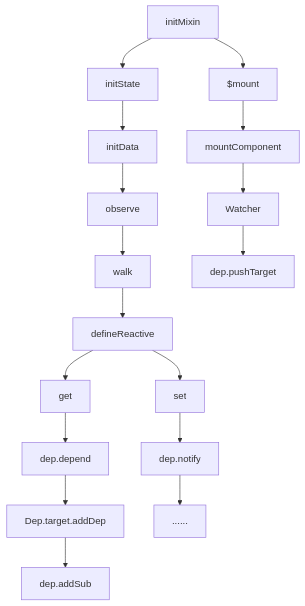
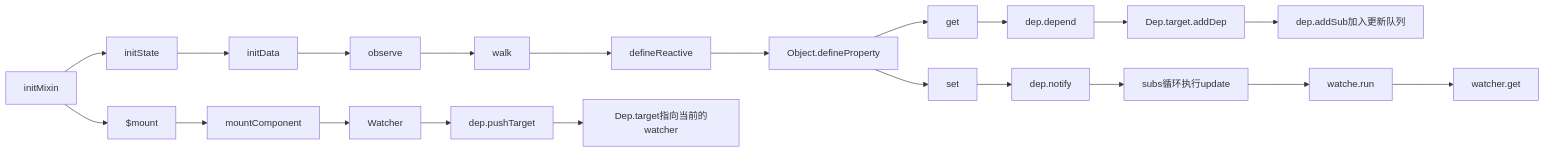
One commit to tinn2015/Notes changed the second of 3 diagrams in docs/vue源码分析/响应式原理/index.md. Above: the diagram before and after it, drawn with Mermaid. The commit also changed other lines of this file and 2 other files, not shown here.

````diff
--- a/docs/vue源码分析/响应式原理/index.md
+++ b/docs/vue源码分析/响应式原理/index.md
@@ -773,11 +887,11 @@
 ```mermaid
-graph TD
+graph LR
 
-  initMixin --> initState --> initData --> observe --> walk --> defineReactive
+  initMixin --> initState --> initData --> observe --> walk --> defineReactive --> Object.defineProperty
 
-  defineReactive --> get --> dep.depend --> Dep.target.addDep --> dep.addSub
+   Object.defineProperty --> get --> dep.depend --> Dep.target.addDep --> dep.addSub加入更新队列
 
-  defineReactive --> set --> dep.notify --> ......
+   Object.defineProperty --> set --> dep.notify --> subs循环执行update --> watche.run --> watcher.get
 
-  initMixin --> $mount --> mountComponent --> Watcher --> dep.pushTarget
+  initMixin --> $mount --> mountComponent --> Watcher --> dep.pushTarget --> Dep.target指向当前的watcher
 ```
````
